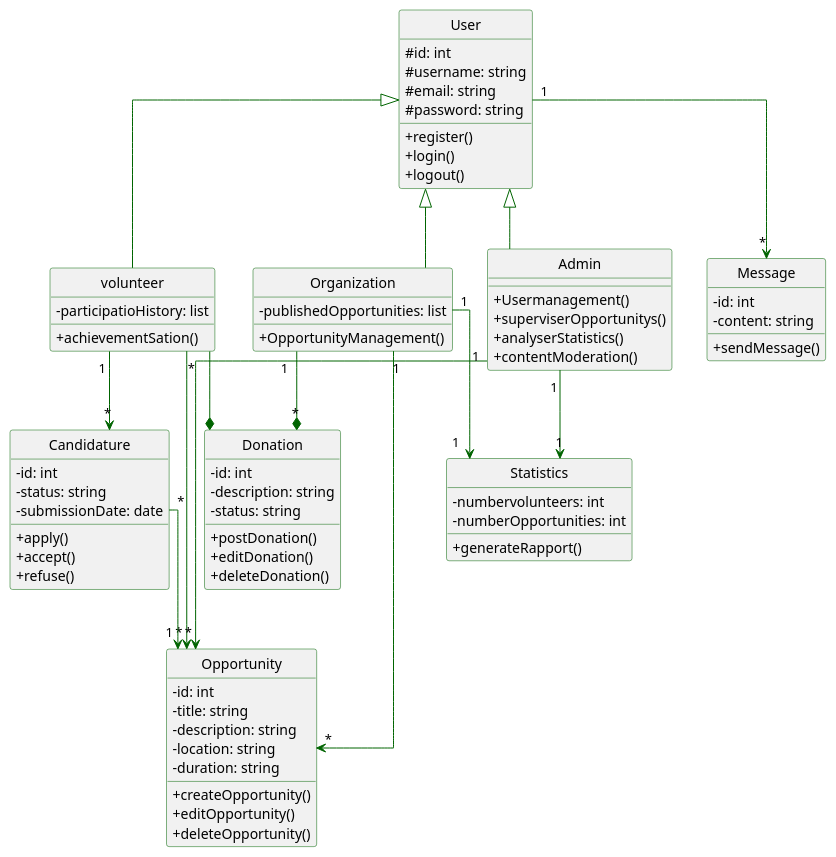
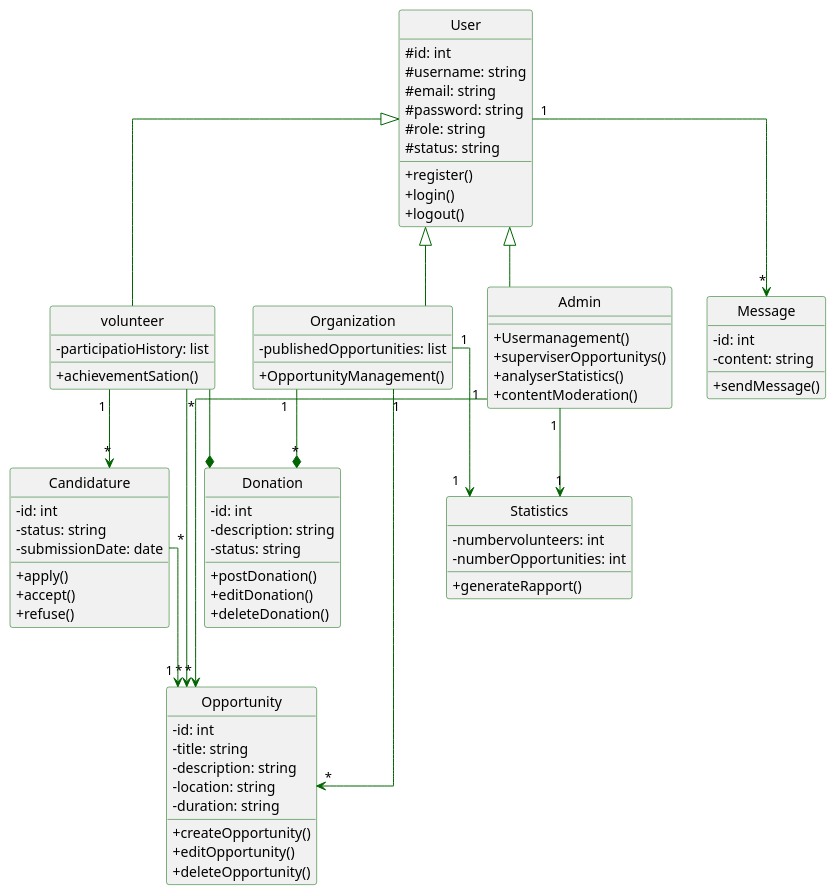
One commit to Ayoub-fetti/AtlasVolunteer changed the diagram in UML/class.puml. Above: the diagram before and after it, drawn with PlantUML. The commit also changed 64 other files, not shown here.

```diff
--- a/UML/class.puml
+++ b/UML/class.puml
@@ -1,99 +1,101 @@
 @startuml class
 hide circle
 
 skinparam classAttributeIconSize 0
 skinparam Linetype ortho
 
 skinparam class {
     ' BackgroundColor PaleGreen
     BorderColor DarkGreen
     ArrowColor DarkGreen
 }
 
 class User {
   #id: int
   #username: string
   #email: string
   #password: string
+  #role: string
+  #status: string
   +register()
   +login()
   +logout()
 }
 
 class volunteer {
   -participatioHistory: list
   +achievementSation()
 }
 
 class Organization {
   -publishedOpportunities: list
   +OpportunityManagement()
 }
 
 class Admin {
   +Usermanagement()
   +superviserOpportunitys()
   +analyserStatistics()
   +contentModeration()
 }
 
 class Opportunity {
   -id: int
   -title: string
   -description: string
   -location: string
   -duration: string
   +createOpportunity()
   +editOpportunity()
   +deleteOpportunity()
 }
 
 class Candidature {
   -id: int
   -status: string
   -submissionDate: date
   +apply()
   +accept()
   +refuse()
 }
 
 class Statistics {
   -numbervolunteers: int
   -numberOpportunities: int
   +generateRapport()
 }
 
 class Message {
   -id: int
   -content: string
   +sendMessage()
 }
 
 class Donation {
   -id: int
   -description: string
   -status: string
   +postDonation()
   +editDonation()
   +deleteDonation()
 }
 
 User <|-- volunteer
 User <|-- Organization
 User <|-- Admin
 User "1" --> "*" Message 
 
 volunteer --* Donation 
 volunteer "1" --> "*" Candidature
 volunteer "*" --> "*" Opportunity 
 
 Organization "1" --> "*" Opportunity
 Organization "1" --> "1" Statistics 
 Organization "1" --* "*" Donation 
 
 Admin "1" --> "1" Statistics  
 Admin "1" --> "*" Opportunity 
 
 Candidature "*" --> "1" Opportunity 
 
 @enduml
```
